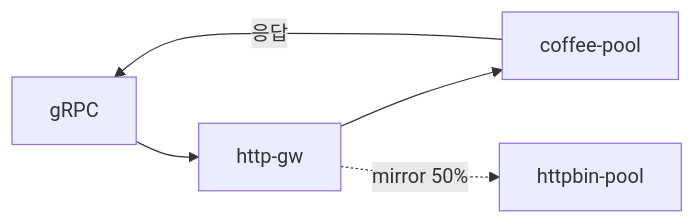
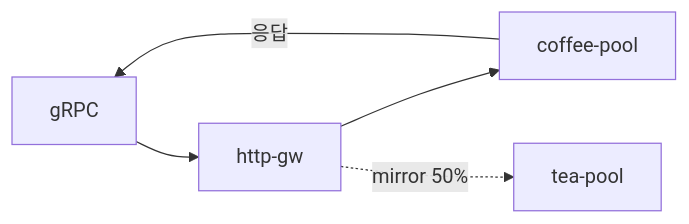
The diagram in Advanced_Feature/3.13_GRPCRoute_Mirror/README.md (mink0119/2609_f5bnk), drawn with Mermaid before and after one commit. The commit also changed other lines of this file and 15 other files, not shown here.

````diff
--- a/Advanced_Feature/3.13_GRPCRoute_Mirror/README.md
+++ b/Advanced_Feature/3.13_GRPCRoute_Mirror/README.md
@@ -7,7 +7,7 @@
 ```mermaid
 flowchart LR
   C[gRPC] --> GW[http-gw]
   GW --> P1[coffee-pool]
-  GW -.->|mirror 50%| P3[httpbin-pool]
+  GW -.->|mirror 50%| P2[tea-pool]
   P1 -->|응답| C
 ```
````
